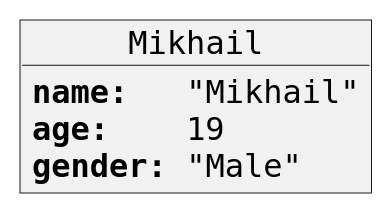
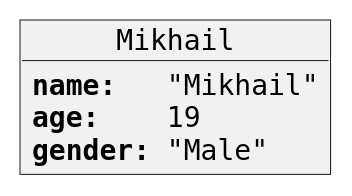
The first of 2 diagrams in source/_posts/2011-09-12-understanding-javascript-oop.org (robotlolita/robotlolita.github.io), drawn with PlantUML before and after one commit. The commit also changed other lines of this file, not shown here.

```diff
--- a/source/_posts/2011-09-12-understanding-javascript-oop.org
+++ b/source/_posts/2011-09-12-understanding-javascript-oop.org
@@ -72,10 +72,9 @@
 #+begin_src plantuml :file ../media/assets/oop-obj-mikhail.png :exports none
 skinparam defaultFontName DejaVu Sans Mono
-skinparam defaultFontSize 16
 
 object Mikhail {
   <b>name:</b>   "Mikhail"
   <b>age:</b>    19
   <b>gender:</b> "Male"
 }
 #+end_src
```
